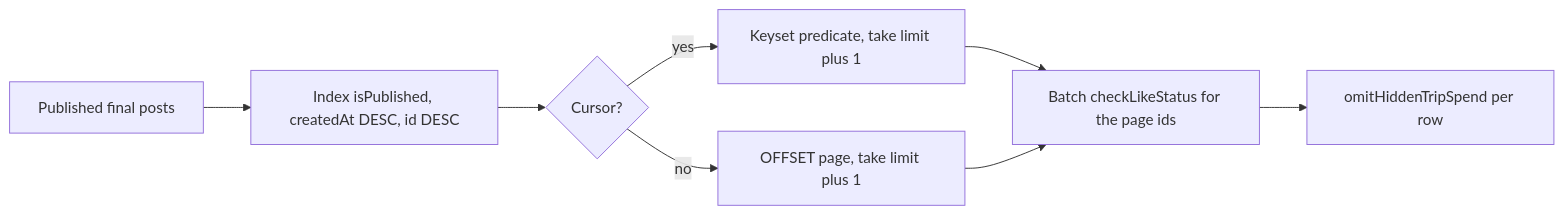
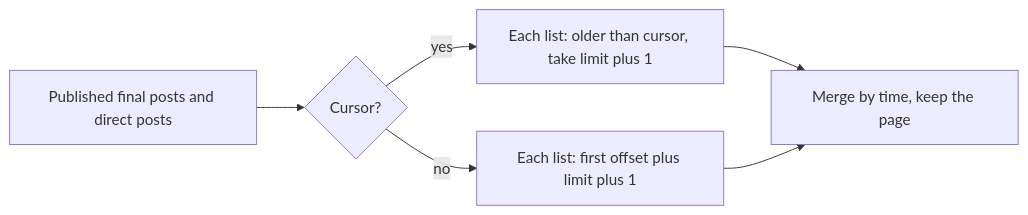
Before and after one commit to bagariaraj23/Trav-Flut: the diagram in documentations/technical/11-feed-discover-posts.md, drawn with Mermaid. The commit also changed other lines of this file and 10 other files, not shown here.

````diff
--- a/documentations/technical/11-feed-discover-posts.md
+++ b/documentations/technical/11-feed-discover-posts.md
@@ -30,10 +30,8 @@
 ```mermaid
 flowchart LR
-  Q["Published final posts"] --> I["Index isPublished, createdAt DESC, id DESC"]
-  I --> C{"Cursor?"}
-  C -->|yes| K["Keyset predicate, take limit plus 1"]
-  C -->|no| O["OFFSET page, take limit plus 1"]
-  K --> B["Batch checkLikeStatus for the page ids"]
-  O --> B
-  B --> S["omitHiddenTripSpend per row"]
+  Q["Published final posts and direct posts"] --> C{"Cursor?"}
+  C -->|yes| K["Each list: older than cursor, take limit plus 1"]
+  C -->|no| O["Each list: first offset plus limit plus 1"]
+  K --> M["Merge by time, keep the page"]
+  O --> M
 ```
````
